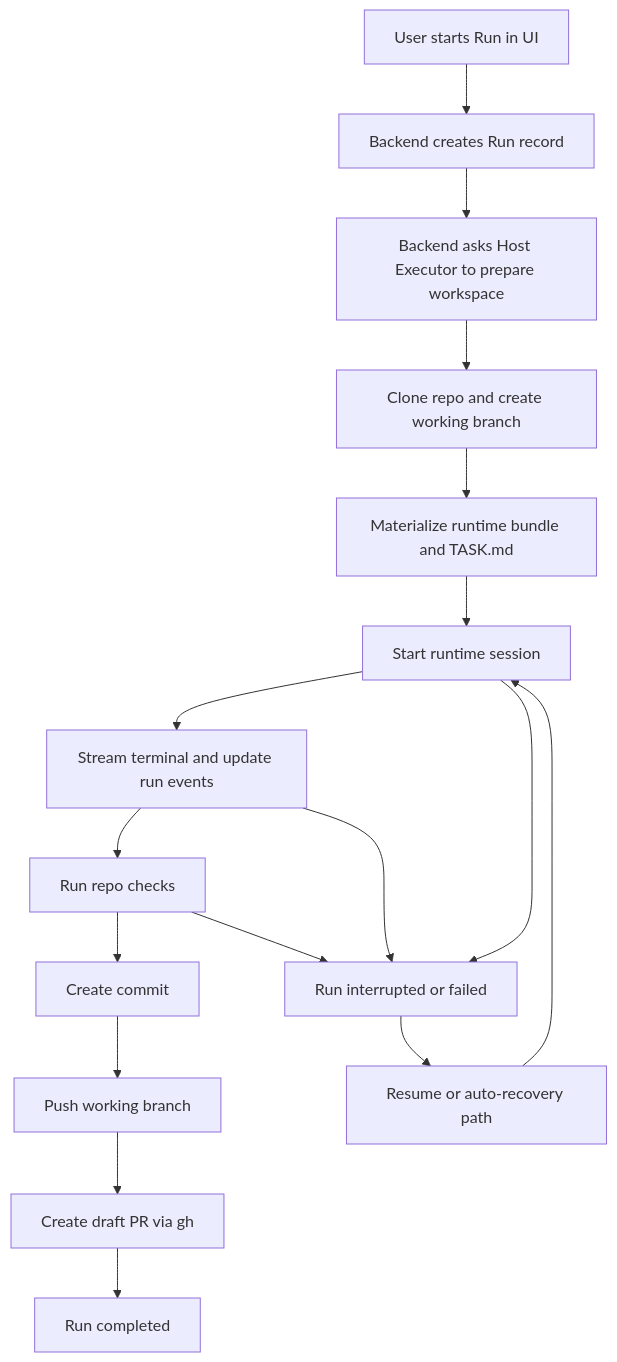
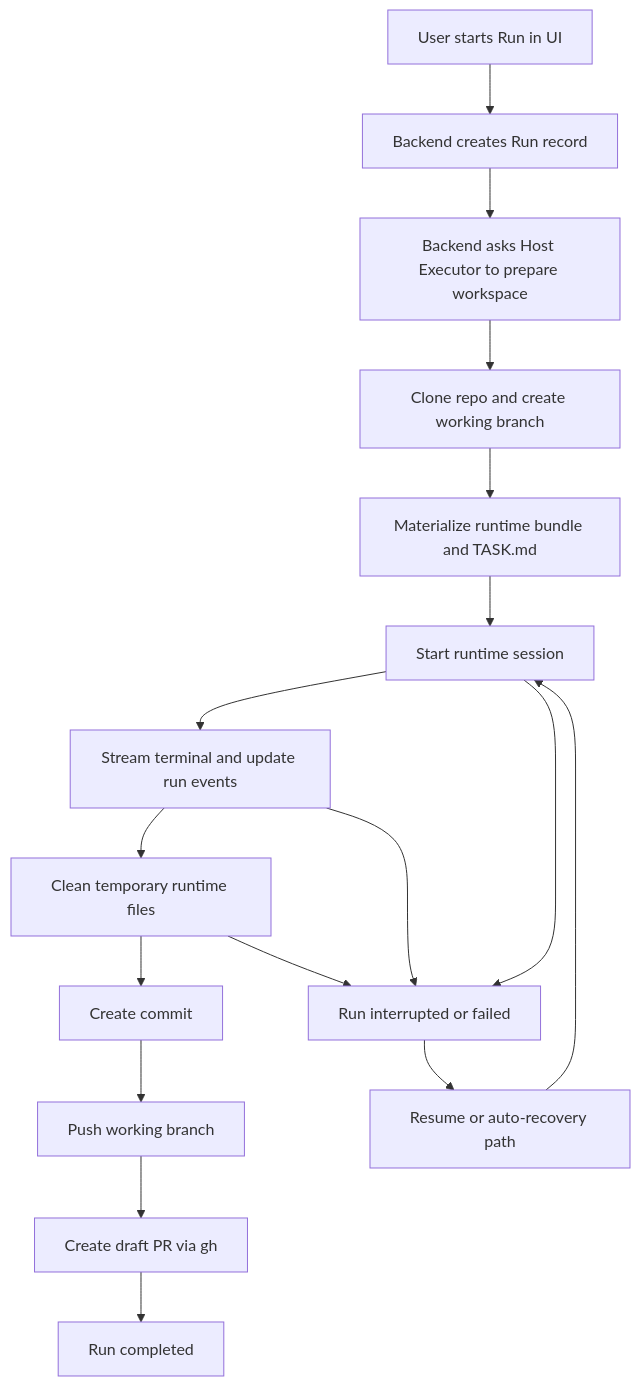
One commit to stemirkhan/team-agent-platform changed the second of 2 diagrams in docs/architecture-overview.md. Above: the diagram before and after it, drawn with Mermaid. The commit also changed other lines of this file and 18 other files, not shown here.

````diff
--- a/docs/architecture-overview.md
+++ b/docs/architecture-overview.md
@@ -64,24 +64,24 @@
 ```mermaid
 flowchart TD
     A[User starts Run in UI]
     B[Backend creates Run record]
     C[Backend asks Host Executor to prepare workspace]
     D[Clone repo and create working branch]
     E[Materialize runtime bundle and TASK.md]
     F[Start runtime session]
     G[Stream terminal and update run events]
-    H[Run repo checks]
+    H[Clean temporary runtime files]
     I[Create commit]
     J[Push working branch]
     K[Create draft PR via gh]
     L[Run completed]
 
     X[Run interrupted or failed]
     Y[Resume or auto-recovery path]
 
     A --> B --> C --> D --> E --> F --> G --> H --> I --> J --> K --> L
     F --> X
     G --> X
     H --> X
     X --> Y --> F
 ```
````
